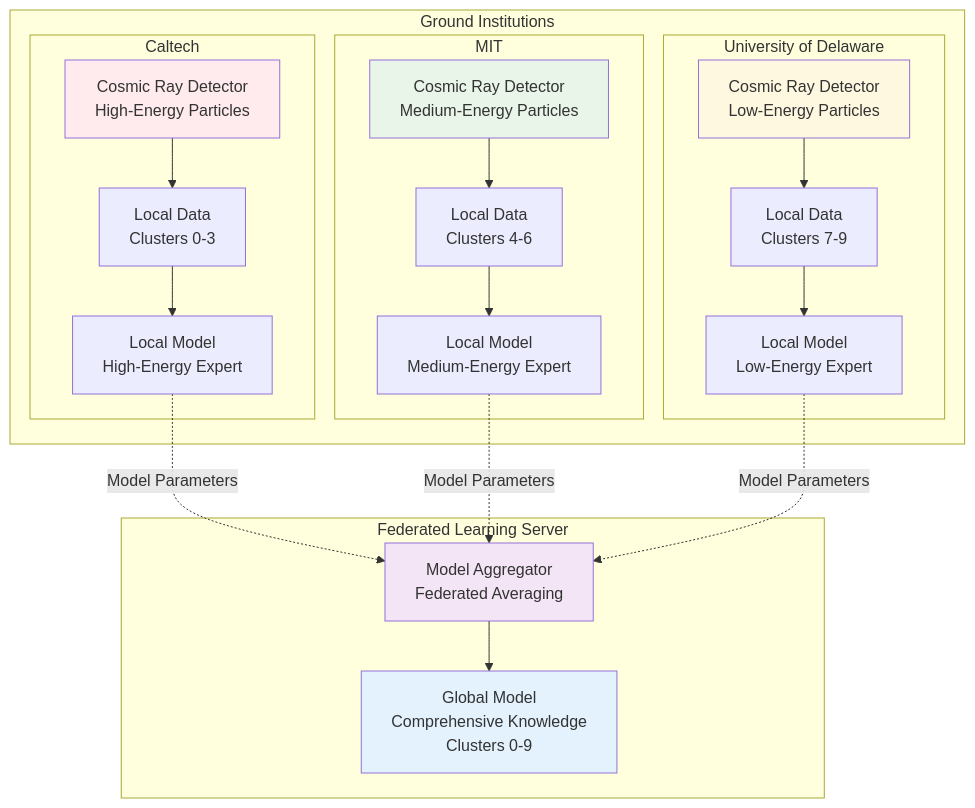
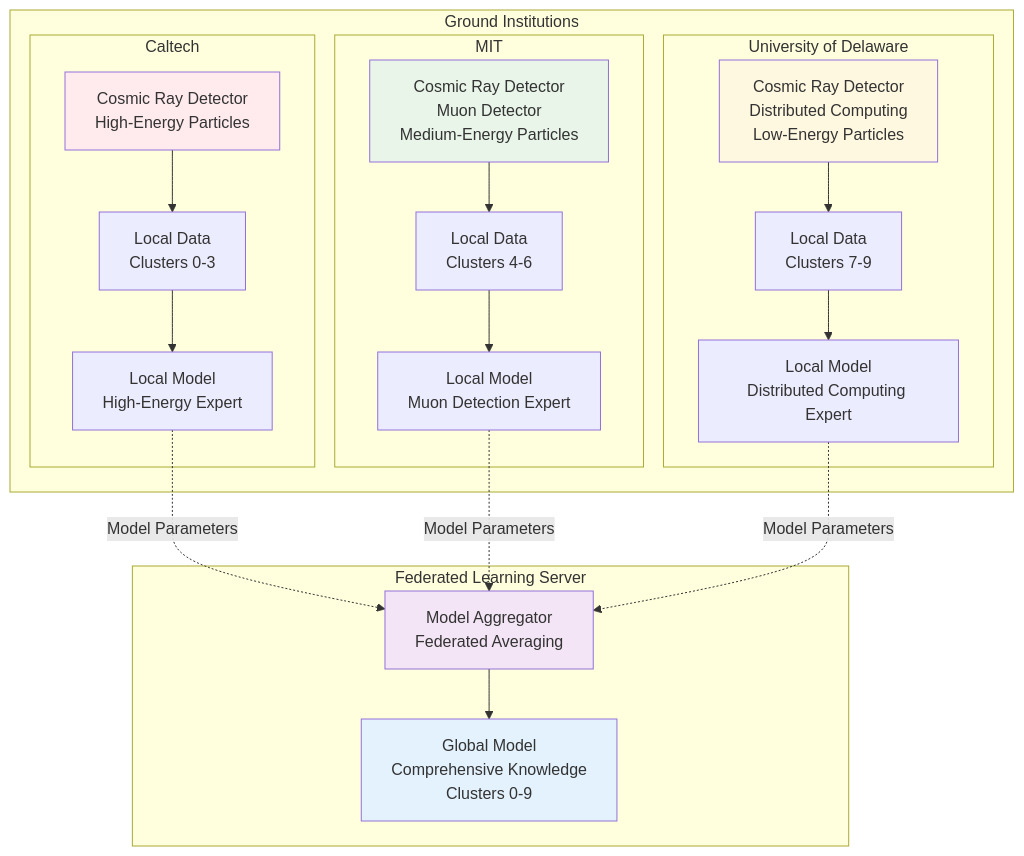
The first of 3 diagrams in Space_Global_Model_Experiment.md (carlynlee/cosmic-ray-edge-ai), drawn with Mermaid before and after one commit. The commit also changed 3 other files, not shown here.

First line of the commit message:
Make all diagrams consistent with proper institution roles

````diff
--- a/Space_Global_Model_Experiment.md
+++ b/Space_Global_Model_Experiment.md
@@ -9,46 +9,46 @@
 ```mermaid
 graph TB
     subgraph "Ground Institutions"
         subgraph "Caltech"
             C_DET[Cosmic Ray Detector<br/>High-Energy Particles]
             C_DATA[Local Data<br/>Clusters 0-3]
             C_MODEL[Local Model<br/>High-Energy Expert]
         end
         
         subgraph "MIT"
-            M_DET[Cosmic Ray Detector<br/>Medium-Energy Particles]
+            M_DET[Cosmic Ray Detector<br/>Muon Detector<br/>Medium-Energy Particles]
             M_DATA[Local Data<br/>Clusters 4-6]
-            M_MODEL[Local Model<br/>Medium-Energy Expert]
+            M_MODEL[Local Model<br/>Muon Detection Expert]
         end
         
         subgraph "University of Delaware"
-            U_DET[Cosmic Ray Detector<br/>Low-Energy Particles]
+            U_DET[Cosmic Ray Detector<br/>Distributed Computing<br/>Low-Energy Particles]
             U_DATA[Local Data<br/>Clusters 7-9]
-            U_MODEL[Local Model<br/>Low-Energy Expert]
+            U_MODEL[Local Model<br/>Distributed Computing Expert]
         end
     end
     
     subgraph "Federated Learning Server"
         FL_SERVER[Model Aggregator<br/>Federated Averaging]
         GLOBAL_MODEL[Global Model<br/>Comprehensive Knowledge<br/>Clusters 0-9]
     end
     
     C_DET --> C_DATA
     C_DATA --> C_MODEL
     M_DET --> M_DATA
     M_DATA --> M_MODEL
     U_DET --> U_DATA
     U_DATA --> U_MODEL
     
     C_MODEL -.->|Model Parameters| FL_SERVER
     M_MODEL -.->|Model Parameters| FL_SERVER
     U_MODEL -.->|Model Parameters| FL_SERVER
     
     FL_SERVER --> GLOBAL_MODEL
     
     style C_DET fill:#ffebee
     style M_DET fill:#e8f5e8
     style U_DET fill:#fff8e1
     style GLOBAL_MODEL fill:#e3f2fd
     style FL_SERVER fill:#f3e5f5
 ```
````
